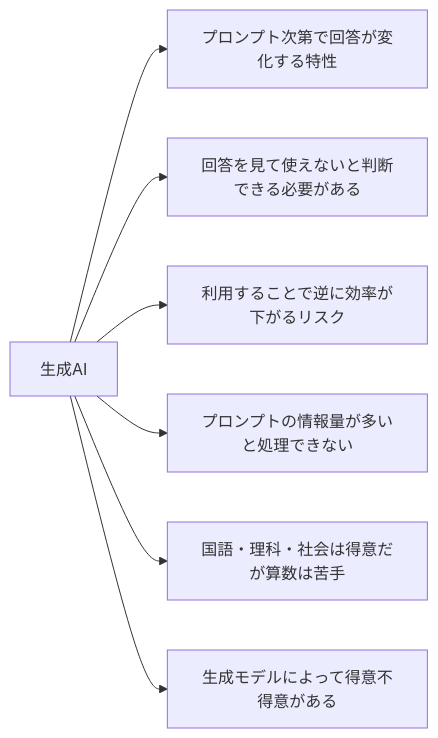
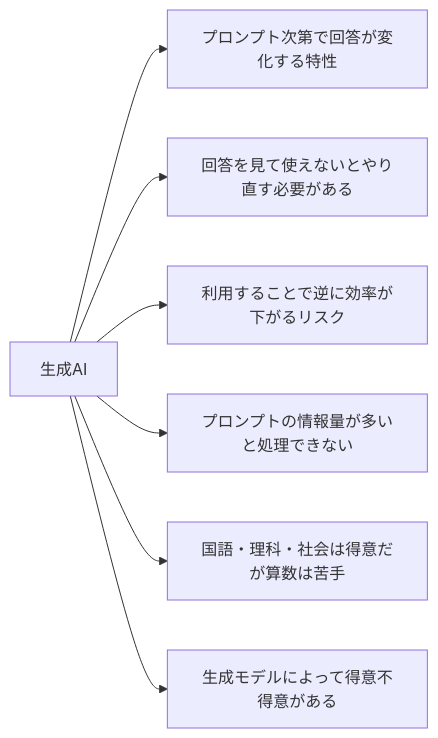
Before and after one commit to SparklingDetergent/doc_genai_Using_Generative_AI_with_Mac_Mini_-Introduction-: the fourth of 14 diagrams in README.md, drawn with Mermaid.

````diff
--- a/README.md
+++ b/README.md
@@ -77,9 +77,9 @@
 ```mermaid
 graph LR
     A[生成AI] --> F[プロンプト次第で回答が変化する特性]
-    A --> G[回答を見て使えないと判断できる必要がある]
+    A --> G[回答を見て使えないとやり直す必要がある]
     A --> B[利用することで逆に効率が下がるリスク]
     A --> E[プロンプトの情報量が多いと処理できない]
     A --> C[国語・理科・社会は得意だが算数は苦手]
     A --> D[生成モデルによって得意不得意がある]
 ```
````
